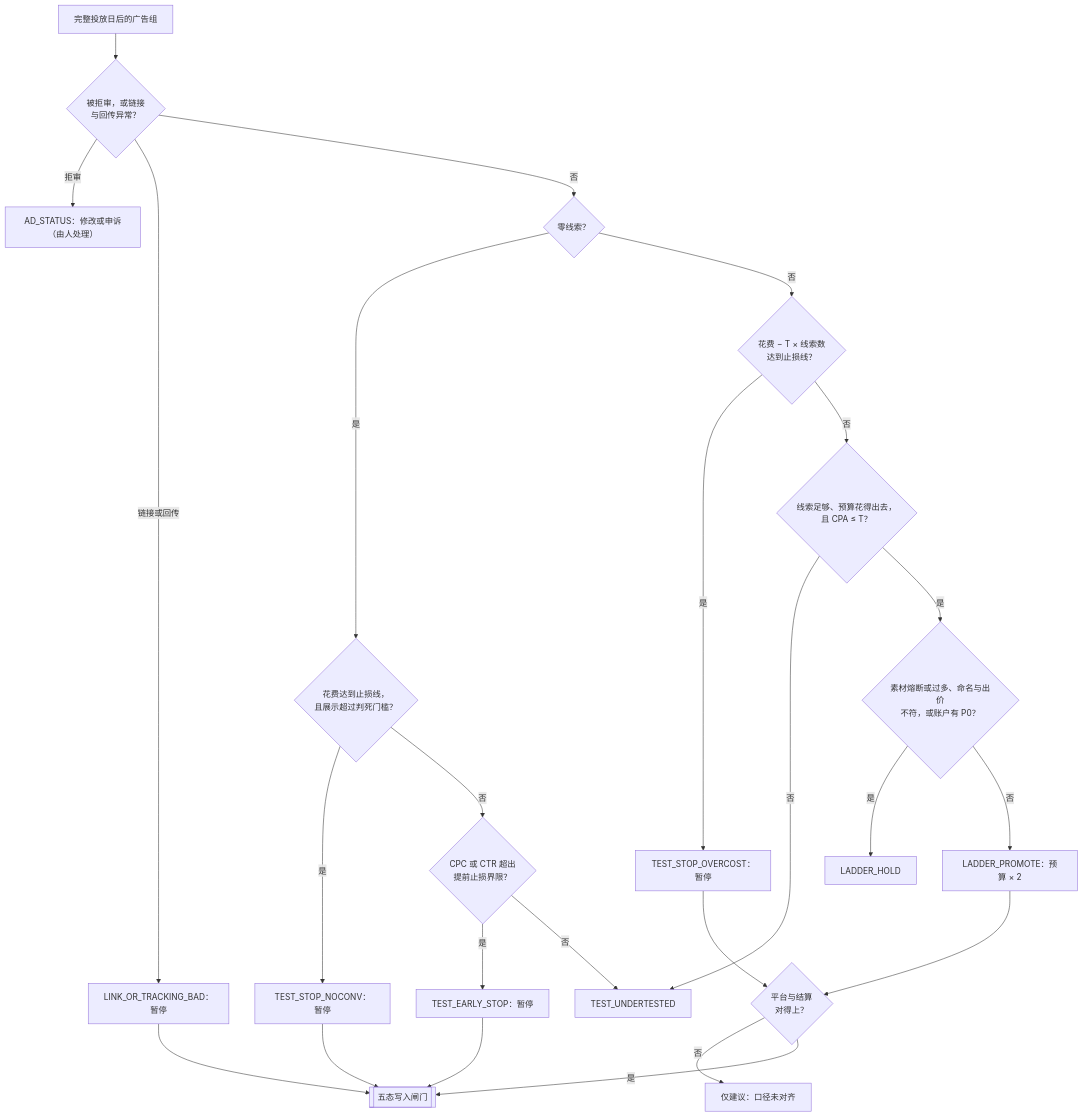
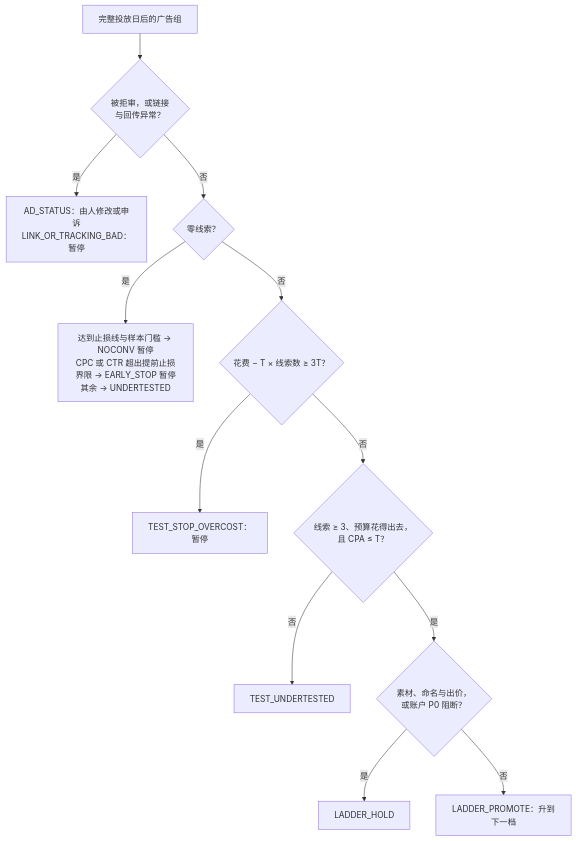
The first of 2 diagrams in README.zh-CN.md (creator2000212-crypto/ad-ops-agent), drawn with Mermaid before and after one commit. The commit also changed other lines of this file and 77 other files, not shown here.

````diff
--- a/README.zh-CN.md
+++ b/README.zh-CN.md
@@ -61,23 +63,14 @@
 ```mermaid
 flowchart TD
     A["完整投放日后的广告组"] --> D{"被拒审，或链接<br/>与回传异常？"}
-    D -- 拒审 --> AD["AD_STATUS：修改或申诉（由人处理）"]
-    D -- 链接或回传 --> LT["LINK_OR_TRACKING_BAD：暂停"]
+    D -- 是 --> X["AD_STATUS：由人修改或申诉<br/>LINK_OR_TRACKING_BAD：暂停"]
     D -- 否 --> Z{"零线索？"}
-    Z -- 是 --> N{"花费达到止损线，<br/>且展示超过判死门槛？"}
-    N -- 是 --> NC["TEST_STOP_NOCONV：暂停"]
-    N -- 否 --> E{"CPC 或 CTR 超出<br/>提前止损界限？"}
-    E -- 是 --> ES["TEST_EARLY_STOP：暂停"]
-    E -- 否 --> U["TEST_UNDERTESTED"]
-    Z -- 否 --> O{"花费 − T × 线索数<br/>达到止损线？"}
+    Z -- 是 --> ZR["达到止损线与样本门槛 → NOCONV 暂停<br/>CPC 或 CTR 超出提前止损界限 → EARLY_STOP 暂停<br/>其余 → UNDERTESTED"]
+    Z -- 否 --> O{"花费 − T × 线索数 ≥ 3T？"}
     O -- 是 --> OC["TEST_STOP_OVERCOST：暂停"]
-    O -- 否 --> P{"线索足够、预算花得出去，<br/>且 CPA ≤ T？"}
-    P -- 否 --> U
-    P -- 是 --> B{"素材熔断或过多、命名与出价<br/>不符，或账户有 P0？"}
+    O -- 否 --> P{"线索 ≥ 3、预算花得出去，<br/>且 CPA ≤ T？"}
+    P -- 否 --> U["TEST_UNDERTESTED"]
+    P -- 是 --> B{"素材、命名与出价，<br/>或账户 P0 阻断？"}
     B -- 是 --> H["LADDER_HOLD"]
-    B -- 否 --> PR["LADDER_PROMOTE：预算 × 2"]
-    PR & OC --> S{"平台与结算<br/>对得上？"}
-    S -- 否 --> ADV["仅建议：口径未对齐"]
-    S -- 是 --> G[["五态写入闸门"]]
-    NC & ES & LT --> G
+    B -- 否 --> PR["LADDER_PROMOTE：升到下一档"]
 ```
````
